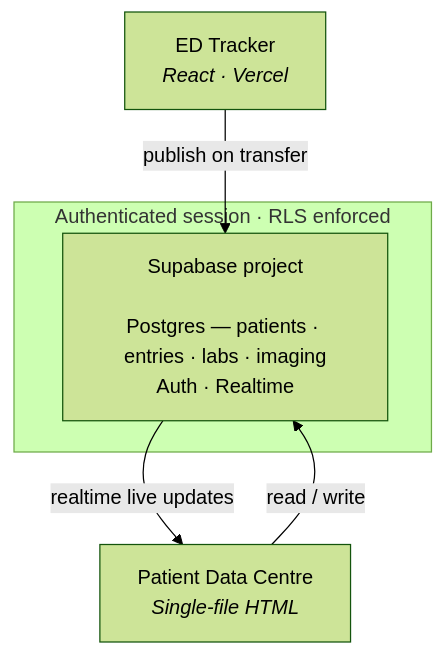
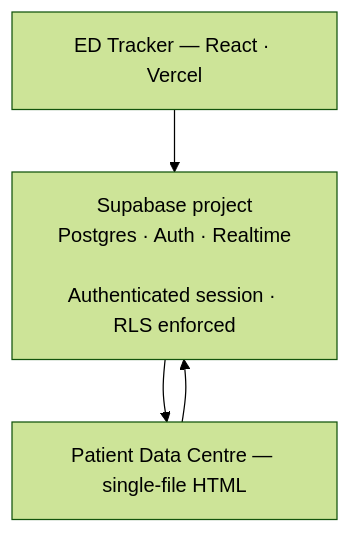
The diagram in README.md (muhammed-healthai/patient-data-centre), drawn with Mermaid (forest theme) before and after one commit.

Commit message:
Refactor architecture diagram for improved readability
Updated architecture diagram in README for clarity.

````diff
--- a/README.md
+++ b/README.md
@@ -17,11 +17,9 @@
 ```mermaid
 flowchart TD
-    ED["ED Tracker<br/><i>React · Vercel</i>"]
-    PDC["Patient Data Centre<br/><i>Single-file HTML</i>"]
-    subgraph BOUNDARY [" Authenticated session · RLS enforced "]
-        SB["Supabase project<br/><br/>Postgres — patients · entries · labs · imaging<br/>Auth · Realtime"]
-    end
-    ED -->|publish on transfer| SB
-    PDC -->|read / write| SB
-    SB -->|realtime live updates| PDC
+    ED["ED Tracker — React · Vercel"]
+    PDC["Patient Data Centre — single-file HTML"]
+    SB["Supabase project<br/>Postgres · Auth · Realtime<br/><br/>Authenticated session · RLS enforced"]
+    ED --> SB
+    PDC --> SB
+    SB --> PDC
 ```
````
